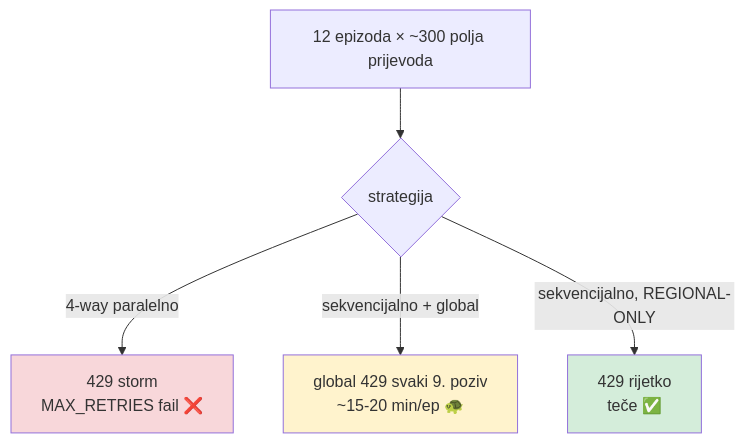
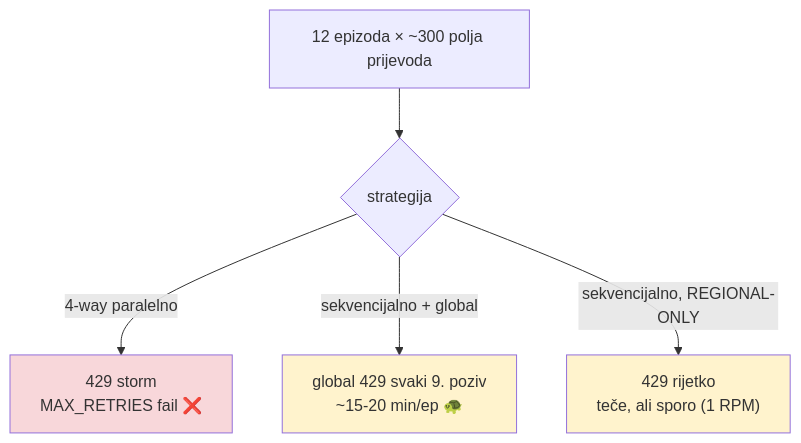
One commit to domovinatv/fetch.domovina.tv changed the third of 4 diagrams in docs/PIPELINE_FULL.md. Above: the diagram before and after it, drawn with Mermaid. The commit also changed other lines of this file, not shown here.

First line of the commit message:
docs: točna izmjerena EN vremena + 1-RPM quota root-cause u PIPELINE_FULL

````diff
--- a/docs/PIPELINE_FULL.md
+++ b/docs/PIPELINE_FULL.md
@@ -106,10 +106,10 @@
 ```mermaid
 flowchart TB
     P["12 epizoda × ~300 polja prijevoda"] --> Q{"strategija"}
     Q -->|"4-way paralelno"| R["429 storm<br/>MAX_RETRIES fail ❌"]
     Q -->|"sekvencijalno + global"| S["global 429 svaki 9. poziv<br/>~15-20 min/ep 🐢"]
-    Q -->|"sekvencijalno, REGIONAL-ONLY"| T["429 rijetko<br/>teče ✅"]
+    Q -->|"sekvencijalno, REGIONAL-ONLY"| T["429 rijetko<br/>teče, ali sporo (1 RPM)"]
     style R fill:#f8d7da
     style S fill:#fff3cd
-    style T fill:#d4edda
+    style T fill:#fff3cd
 ```
````
